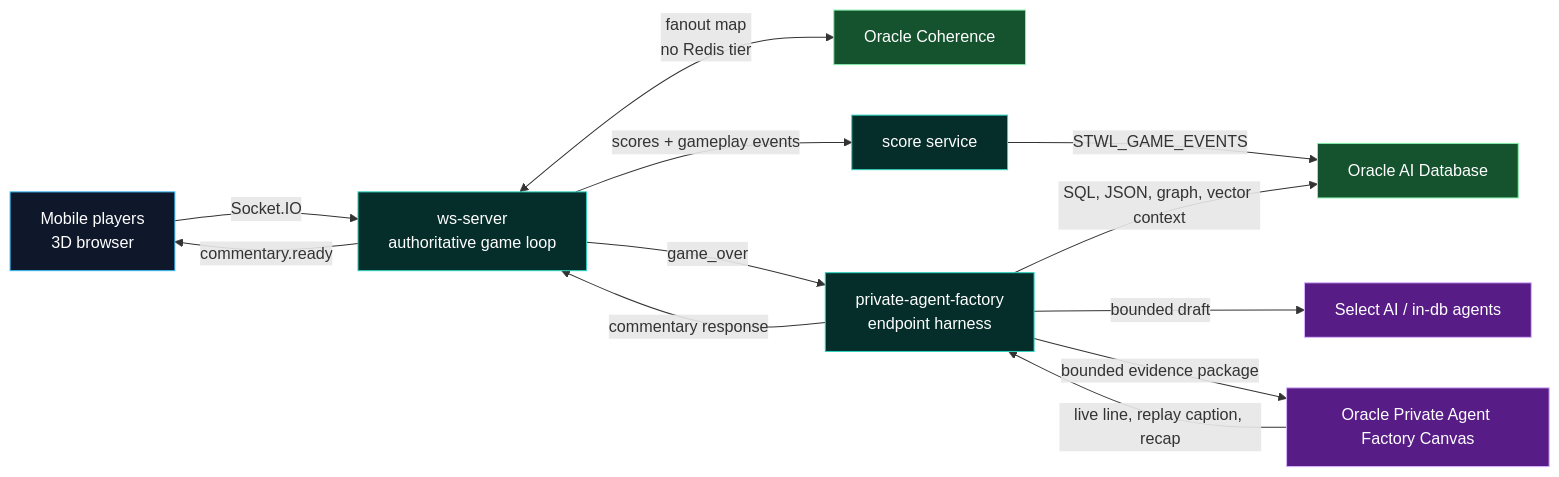
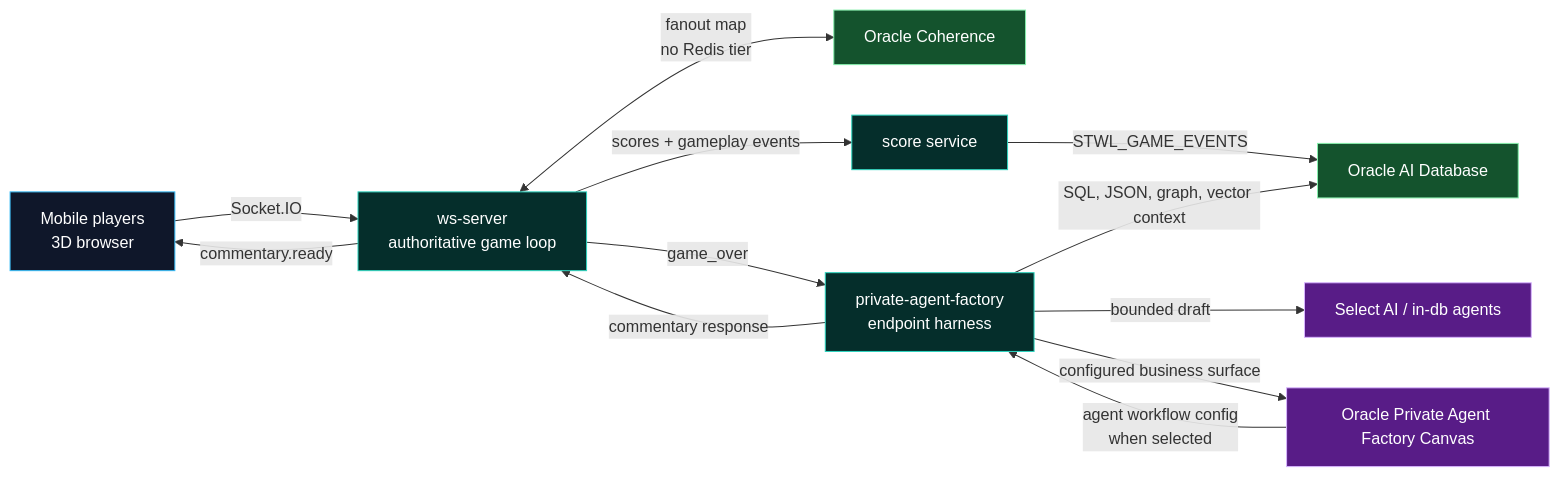
One commit to WSPluta/save-the-wildlife changed the first of 2 diagrams in event-pack/save-the-wildlife-ai-database-demo/deck-brief.md. Above: the diagram before and after it, drawn with Mermaid. The commit also changed other lines of this file and 14 other files, not shown here.

````diff
--- a/event-pack/save-the-wildlife-ai-database-demo/deck-brief.md
+++ b/event-pack/save-the-wildlife-ai-database-demo/deck-brief.md
@@ -50,24 +62,24 @@
 ```mermaid
 flowchart LR
   classDef client fill:#0f172a,stroke:#38bdf8,color:#ffffff
   classDef service fill:#052e2b,stroke:#2dd4bf,color:#ffffff
   classDef state fill:#14532d,stroke:#86efac,color:#ffffff
   classDef ai fill:#581c87,stroke:#d8b4fe,color:#ffffff
 
   A["Mobile players<br/>3D browser"] -->|"Socket.IO"| B["ws-server<br/>authoritative game loop"]
   B <-->|"fanout map<br/>no Redis tier"| C["Oracle Coherence"]
   B -->|"scores + gameplay events"| D["score service"]
   D -->|"STWL_GAME_EVENTS"| E["Oracle AI Database"]
   B -->|"game_over"| F["private-agent-factory<br/>endpoint harness"]
   F -->|"SQL, JSON, graph, vector context"| E
   F -->|"bounded draft"| G["Select AI / in-db agents"]
-  F -->|"bounded evidence package"| H["Oracle Private Agent Factory Canvas"]
-  H -->|"live line, replay caption, recap"| F
+  F -->|"configured business surface"| H["Oracle Private Agent Factory Canvas"]
+  H -->|"agent workflow config<br/>when selected"| F
   F -->|"commentary response"| B
   B -->|"commentary.ready"| A
 
   class A client
   class B,D,F service
   class C,E state
   class G,H ai
 ```
````
